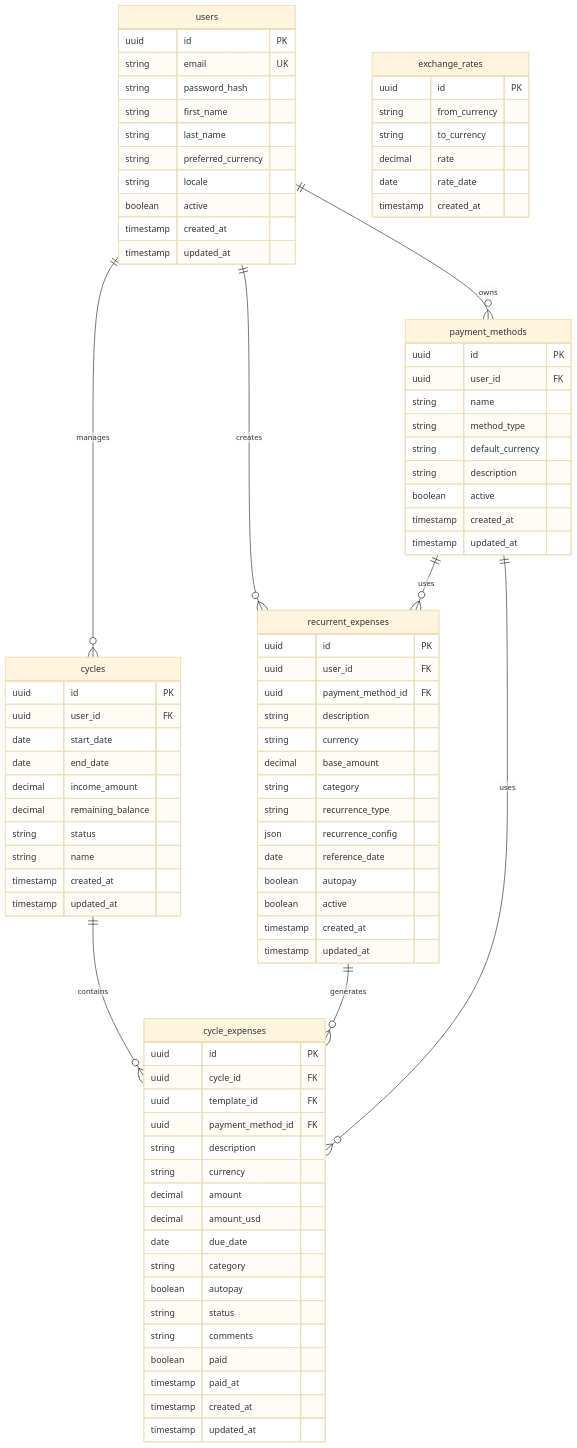
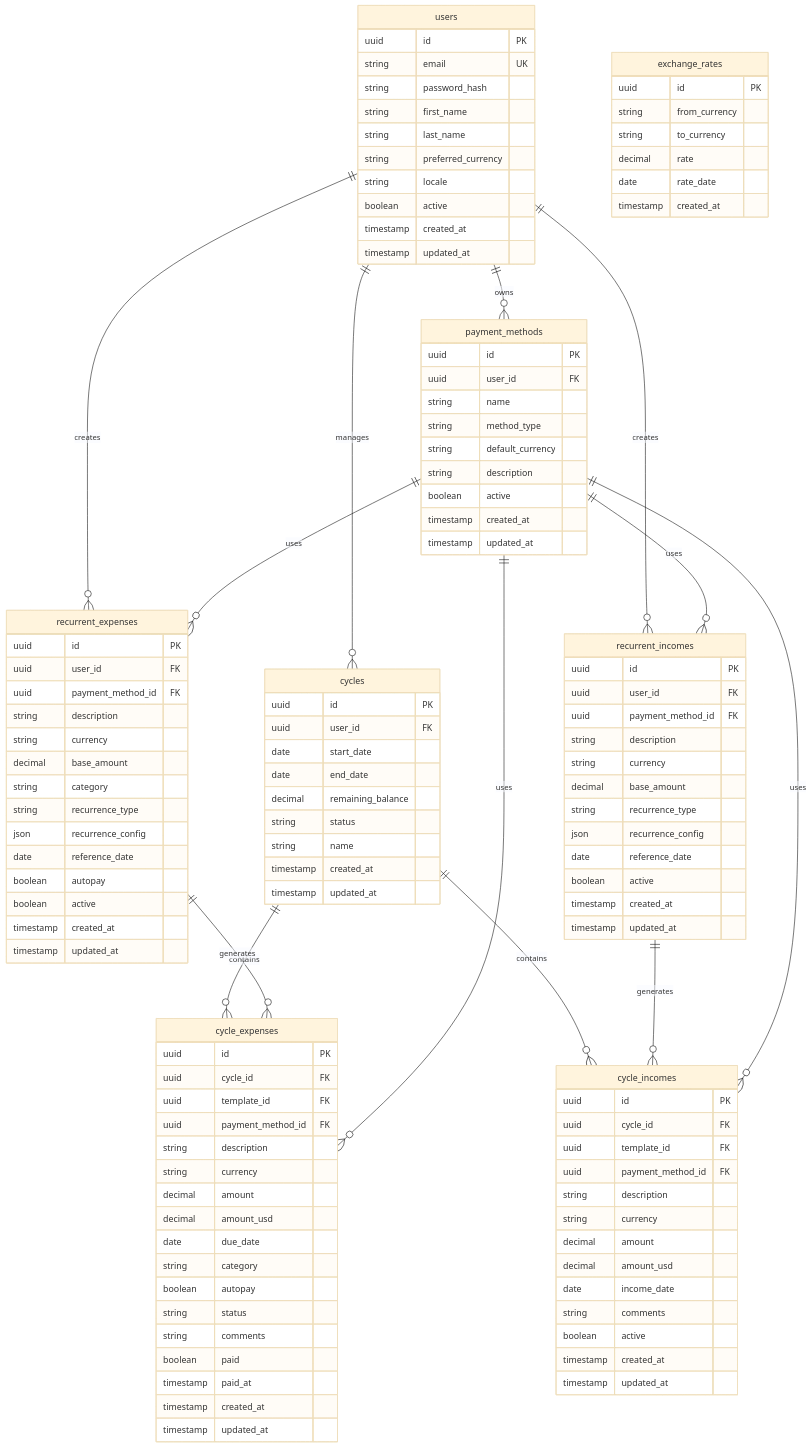
Before and after one commit to jcarranz97/colony: the diagram in docs/architecture/database-schema.md, drawn with Mermaid (base theme). The commit also changed other lines of this file and 36 other files, not shown here.

```diff
--- a/docs/architecture/database-schema.md
+++ b/docs/architecture/database-schema.md
@@ -16,11 +16,16 @@
 erDiagram
     users ||--o{ payment_methods : owns
     users ||--o{ recurrent_expenses : creates
+    users ||--o{ recurrent_incomes : creates
     users ||--o{ cycles : manages
     cycles ||--o{ cycle_expenses : contains
+    cycles ||--o{ cycle_incomes : contains
     recurrent_expenses ||--o{ cycle_expenses : generates
+    recurrent_incomes ||--o{ cycle_incomes : generates
     payment_methods ||--o{ recurrent_expenses : uses
+    payment_methods ||--o{ recurrent_incomes : uses
     payment_methods ||--o{ cycle_expenses : uses
+    payment_methods ||--o{ cycle_incomes : uses
 
     users {
         uuid id PK
@@ -64,12 +69,26 @@
         timestamp updated_at
     }
 
+    recurrent_incomes {
+        uuid id PK
+        uuid user_id FK
+        uuid payment_method_id FK
+        string description
+        string currency
+        decimal base_amount
+        string recurrence_type
+        json recurrence_config
+        date reference_date
+        boolean active
+        timestamp created_at
+        timestamp updated_at
+    }
+
     cycles {
         uuid id PK
         uuid user_id FK
         date start_date
         date end_date
-        decimal income_amount
         decimal remaining_balance
         string status
         string name
@@ -97,6 +116,22 @@
         timestamp updated_at
     }
 
+    cycle_incomes {
+        uuid id PK
+        uuid cycle_id FK
+        uuid template_id FK
+        uuid payment_method_id FK
+        string description
+        string currency
+        decimal amount
+        decimal amount_usd
+        date income_date
+        string comments
+        boolean active
+        timestamp created_at
+        timestamp updated_at
+    }
+
     exchange_rates {
         uuid id PK
         string from_currency
```
